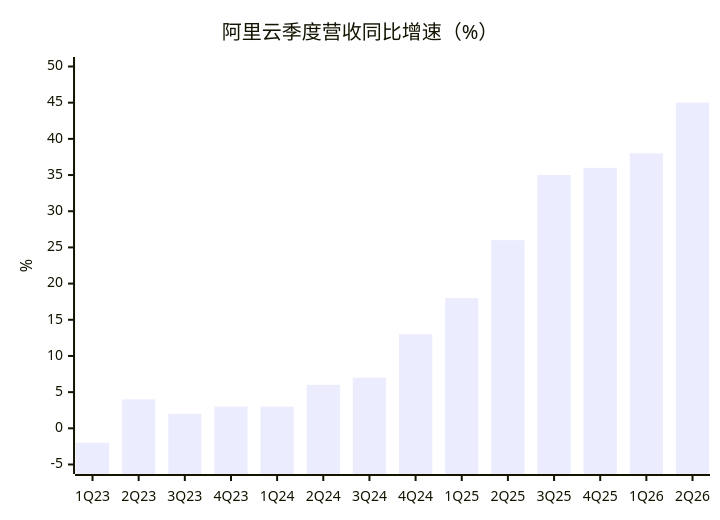
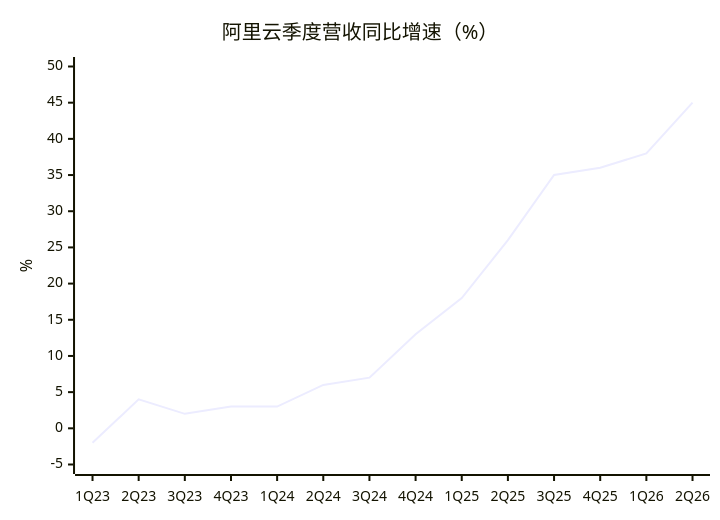
Before and after one commit to zengfancy/alibaba: diagram 13 of 18 in 阿里巴巴-投研分析.md, drawn with Mermaid. The commit also changed other lines of this file and 1 other file, not shown here.

````diff
--- a/阿里巴巴-投研分析.md
+++ b/阿里巴巴-投研分析.md
@@ -410,7 +438,7 @@
 ```mermaid
 xychart-beta
     title "阿里云季度营收同比增速（%）"
     x-axis [1Q23, 2Q23, 3Q23, 4Q23, 1Q24, 2Q24, 3Q24, 4Q24, 1Q25, 2Q25, 3Q25, 4Q25, 1Q26, 2Q26]
     y-axis "%" -5 --> 50
-    bar [-2, 4, 2, 3, 3, 6, 7, 13, 18, 26, 35, 36, 38, 45]
+    line [-2, 4, 2, 3, 3, 6, 7, 13, 18, 26, 35, 36, 38, 45]
 ```
````
